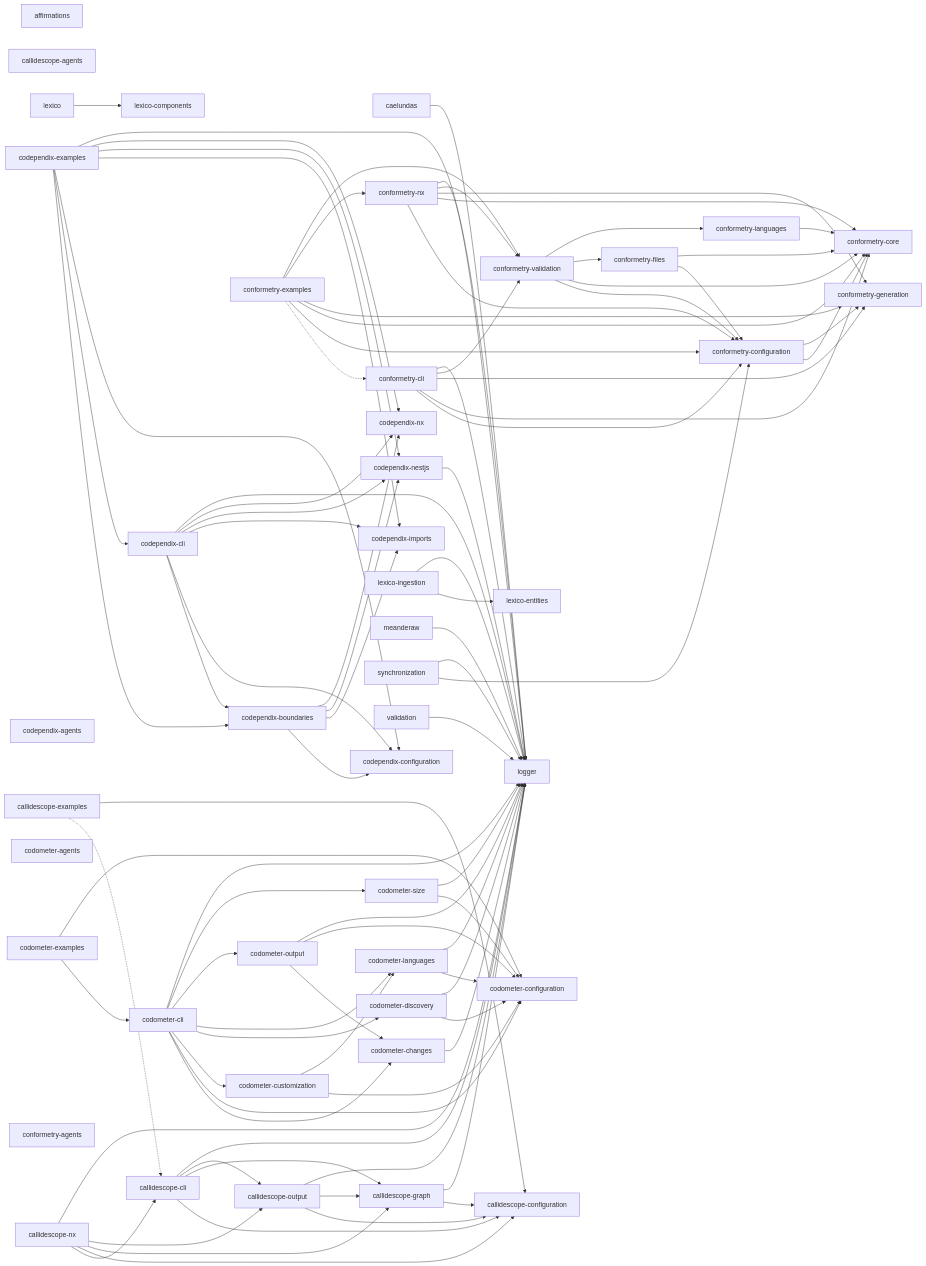
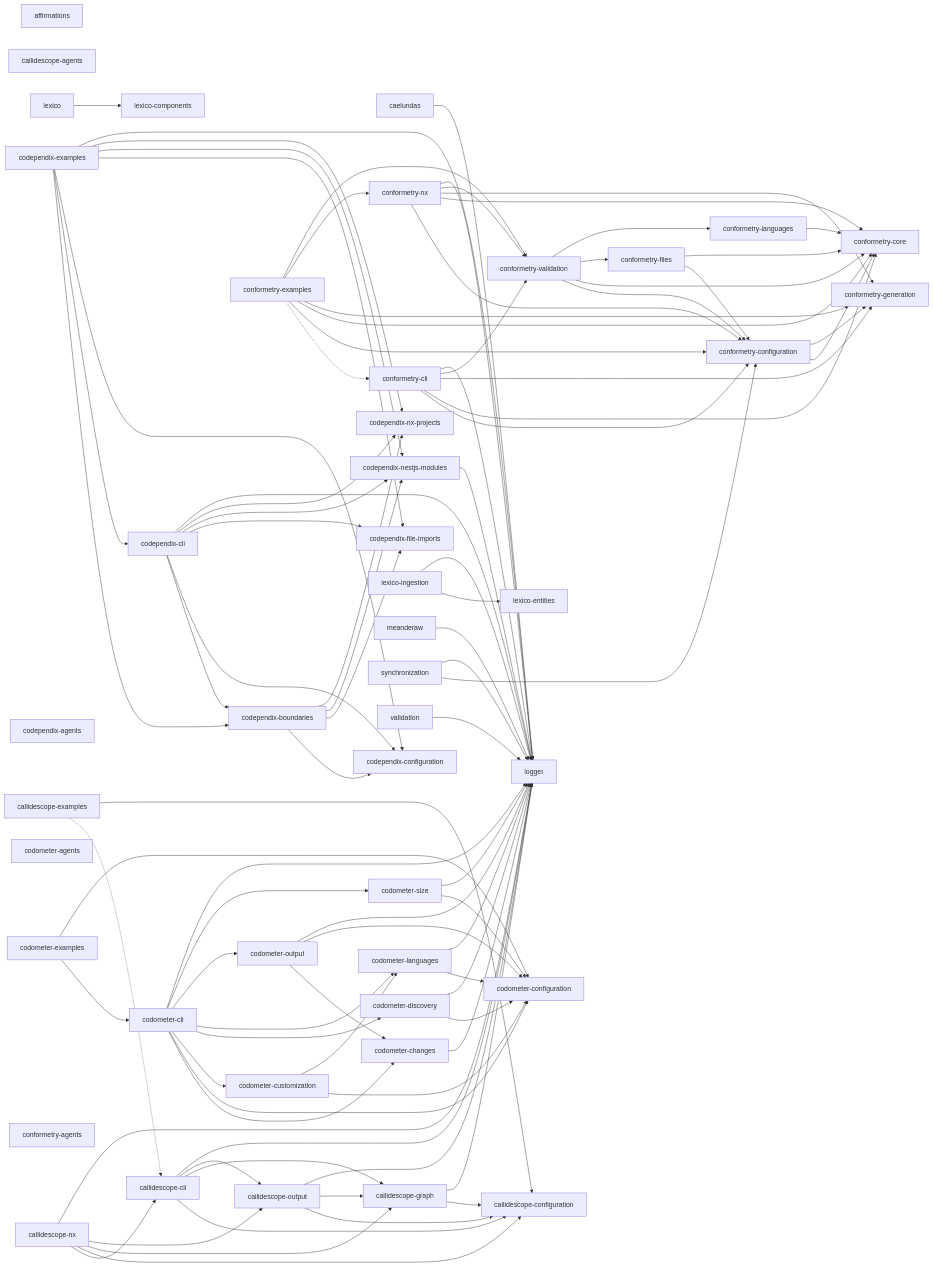
One commit to JimmyPaolini/codebase changed the diagram in README.md. Above: the diagram before and after it, drawn with Mermaid. The commit also changed other lines of this file and 13 other files, not shown here.

```diff
--- a/README.md
+++ b/README.md
@@ -199,9 +199,9 @@
   codependix_cli["codependix-cli"]
   codependix_configuration["codependix-configuration"]
   codependix_examples["codependix-examples"]
-  codependix_imports["codependix-imports"]
-  codependix_nestjs["codependix-nestjs"]
-  codependix_nx["codependix-nx"]
+  codependix_file_imports["codependix-file-imports"]
+  codependix_nestjs_modules["codependix-nestjs-modules"]
+  codependix_nx_projects["codependix-nx-projects"]
   codometer_agents["codometer-agents"]
   codometer_changes["codometer-changes"]
   codometer_cli["codometer-cli"]
@@ -248,23 +248,23 @@
   callidescope_output --> callidescope_graph
   callidescope_output --> logger
   codependix_boundaries --> codependix_configuration
-  codependix_boundaries --> codependix_imports
-  codependix_boundaries --> codependix_nestjs
-  codependix_boundaries --> codependix_nx
+  codependix_boundaries --> codependix_file_imports
+  codependix_boundaries --> codependix_nestjs_modules
+  codependix_boundaries --> codependix_nx_projects
   codependix_cli --> codependix_boundaries
   codependix_cli --> codependix_configuration
-  codependix_cli --> codependix_imports
-  codependix_cli --> codependix_nestjs
-  codependix_cli --> codependix_nx
+  codependix_cli --> codependix_file_imports
+  codependix_cli --> codependix_nestjs_modules
+  codependix_cli --> codependix_nx_projects
   codependix_cli --> logger
   codependix_examples --> codependix_boundaries
   codependix_examples --> codependix_cli
   codependix_examples --> codependix_configuration
-  codependix_examples --> codependix_imports
-  codependix_examples --> codependix_nestjs
-  codependix_examples --> codependix_nx
+  codependix_examples --> codependix_file_imports
+  codependix_examples --> codependix_nestjs_modules
+  codependix_examples --> codependix_nx_projects
   codependix_examples --> logger
-  codependix_nestjs --> logger
+  codependix_nestjs_modules --> logger
   codometer_changes --> logger
   codometer_cli --> codometer_changes
   codometer_cli --> codometer_configuration
```
